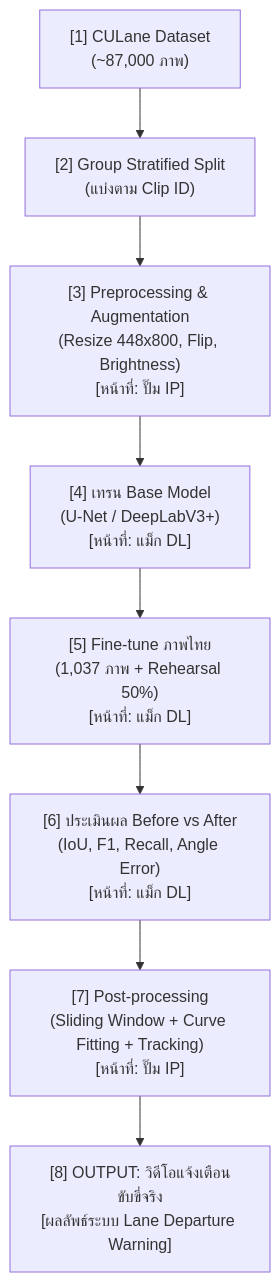
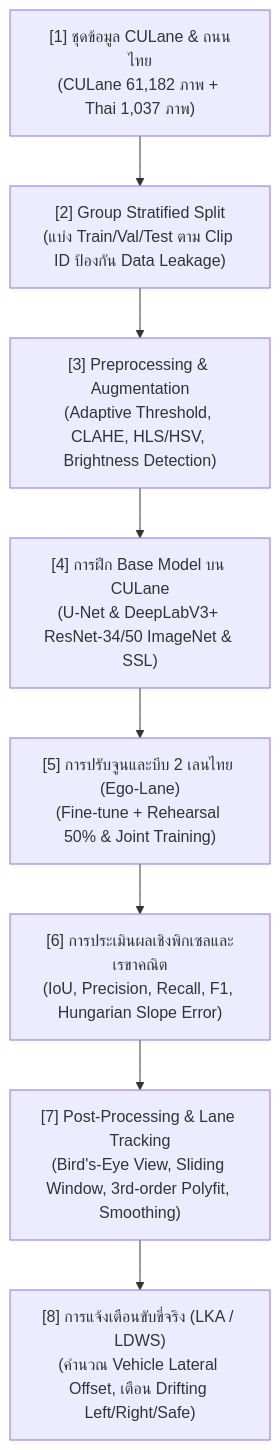
Before and after one commit to 660710095/Project-lane-detection-and-Tracking-: the diagram in README.md, drawn with Mermaid. The commit also changed other lines of this file and 1 other file, not shown here.

````diff
--- a/README.md
+++ b/README.md
@@ -11,10 +12,10 @@
 ```mermaid
 flowchart TD
-    S1["[1] CULane Dataset\n(~87,000 ภาพ)"] --> S2["[2] Group Stratified Split\n(แบ่งตาม Clip ID)"]
-    S2 --> S3["[3] Preprocessing & Augmentation\n(Resize 448x800, Flip, Brightness)\n[หน้าที่: ปั๊ม IP]"]
-    S3 --> S4["[4] เทรน Base Model\n(U-Net / DeepLabV3+)\n[หน้าที่: แม็ก DL]"]
-    S4 --> S5["[5] Fine-tune ภาพไทย\n(1,037 ภาพ + Rehearsal 50%)\n[หน้าที่: แม็ก DL]"]
-    S5 --> S6["[6] ประเมินผล Before vs After\n(IoU, F1, Recall, Angle Error)\n[หน้าที่: แม็ก DL]"]
-    S6 --> S7["[7] Post-processing\n(Sliding Window + Curve Fitting + Tracking)\n[หน้าที่: ปั๊ม IP]"]
-    S7 --> S8["[8] OUTPUT: วิดีโอแจ้งเตือนขับขี่จริง\n[ผลลัพธ์ระบบ Lane Departure Warning]"]
+    S1["[1] ชุดข้อมูล CULane & ถนนไทย\n(CULane 61,182 ภาพ + Thai 1,037 ภาพ)"] --> S2["[2] Group Stratified Split\n(แบ่ง Train/Val/Test ตาม Clip ID ป้องกัน Data Leakage)"]
+    S2 --> S3["[3] Preprocessing & Augmentation\n(Adaptive Threshold, CLAHE, HLS/HSV, Brightness Detection)"]
+    S3 --> S4["[4] การฝึก Base Model บน CULane\n(U-Net & DeepLabV3+ ResNet-34/50 ImageNet & SSL)"]
+    S4 --> S5["[5] การปรับจูนและบีบ 2 เลนไทย (Ego-Lane)\n(Fine-tune + Rehearsal 50% & Joint Training)"]
+    S5 --> S6["[6] การประเมินผลเชิงพิกเซลและเรขาคณิต\n(IoU, Precision, Recall, F1, Hungarian Slope Error)"]
+    S6 --> S7["[7] Post-Processing & Lane Tracking\n(Bird's-Eye View, Sliding Window, 3rd-order Polyfit, Smoothing)"]
+    S7 --> S8["[8] การแจ้งเตือนขับขี่จริง (LKA / LDWS)\n(คำนวณ Vehicle Lateral Offset, เตือน Drifting Left/Right/Safe)"]
 ```
````
